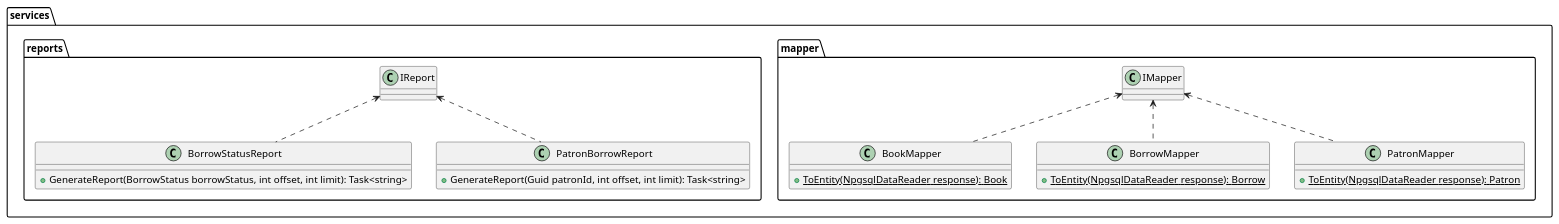
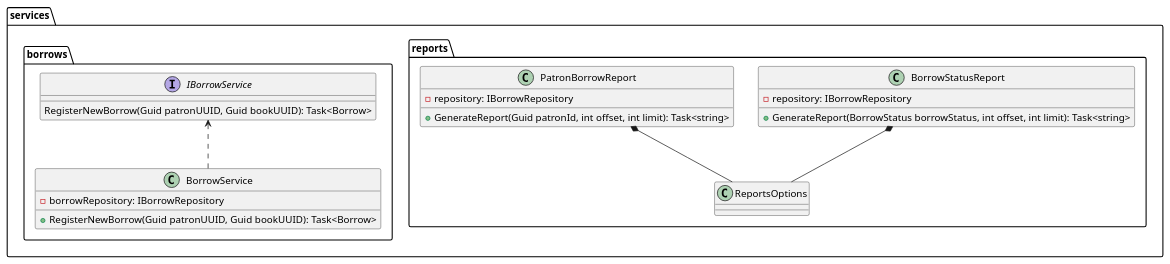
Before and after one commit to programacion-6/Opcion1LosBorbotones: the diagram in system-design/class-diagram/infraestructure/services.puml, drawn with PlantUML. The commit also changed 10 other files, not shown here.

Commit message:
chore: updated class diagram

```diff
--- a/system-design/class-diagram/infraestructure/services.puml
+++ b/system-design/class-diagram/infraestructure/services.puml
@@ -1,36 +1,29 @@
 @startuml
 package services {
+    package reports {
+        class BorrowStatusReport {
+            - repository: IBorrowRepository
+            + GenerateReport(BorrowStatus borrowStatus, int offset, int limit): Task<string>
+        }
+        BorrowStatusReport *-- ReportsOptions
 
-    package mapper {
-        class BookMapper {
-            + {static} ToEntity(NpgsqlDataReader response): Book
+        class PatronBorrowReport {
+            - repository: IBorrowRepository
+            + GenerateReport(Guid patronId, int offset, int limit): Task<string>
+        }
+        PatronBorrowReport *-- ReportsOptions
+    }
+
+    package borrows {
+        class BorrowService {
+            - borrowRepository: IBorrowRepository
+            + RegisterNewBorrow(Guid patronUUID, Guid bookUUID): Task<Borrow>
         }
 
-        class BorrowMapper {
-            + {static} ToEntity(NpgsqlDataReader response): Borrow
+        interface IBorrowService {
+            RegisterNewBorrow(Guid patronUUID, Guid bookUUID): Task<Borrow>
         }
-
-        class PatronMapper {
-            + {static} ToEntity(NpgsqlDataReader response): Patron
-        }
-
-        IMapper <.. BookMapper
-        IMapper <.. BorrowMapper
-        IMapper <.. PatronMapper
+        IBorrowService <.. BorrowService
     }
-
-    package reports {
-        class BorrowStatusReport {
-            + GenerateReport(BorrowStatus borrowStatus, int offset, int limit): Task<string>
-        }
-
-        class PatronBorrowReport {
-            + GenerateReport(Guid patronId, int offset, int limit): Task<string>
-        }
-
-        IReport <.. BorrowStatusReport
-        IReport <.. PatronBorrowReport
-    }
-
 }
 @enduml
```
